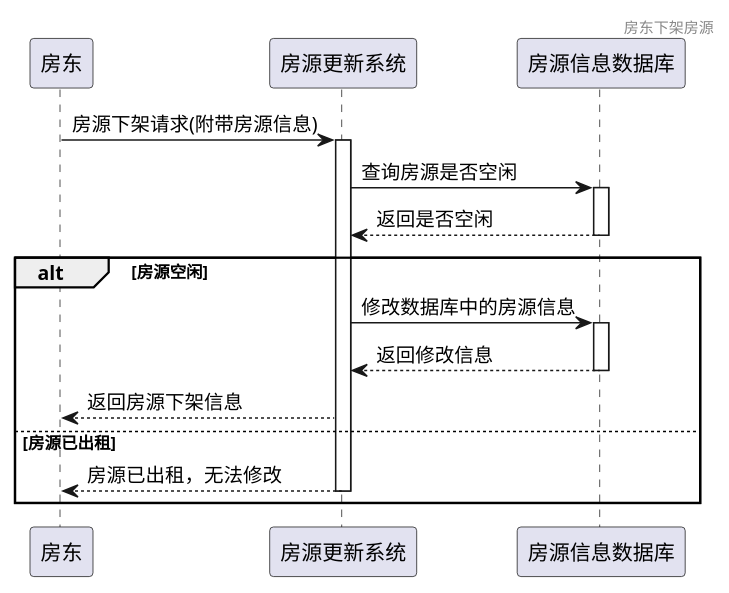
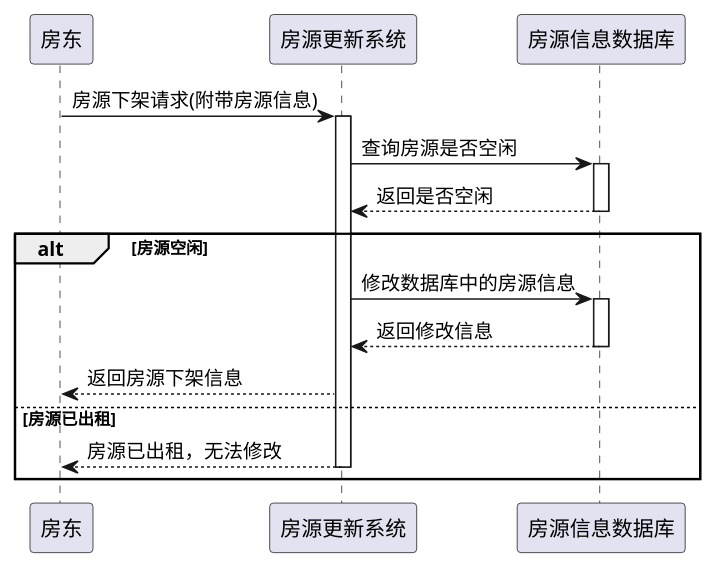
Before and after one commit to clysto/software-engineering: the diagram in 时序图/房东下架房源时序图.plantuml, drawn with PlantUML. The commit also changed 27 other files, not shown here.

```diff
--- a/时序图/房东下架房源时序图.plantuml
+++ b/时序图/房东下架房源时序图.plantuml
@@ -1,39 +1,41 @@
-@startuml
-header 房东下架房源
+@startuml 房东下架房源时序图
+
+skinparam shadowing false
+
 participant c as "房东"
 participant s as "房源更新系统"
 participant d as "房源信息数据库"
 
 
 c -> s: 房源下架请求(附带房源信息)
 activate s
 
 s -> d: 查询房源是否空闲
 activate d
 d --> s: 返回是否空闲
 deactivate d
 
 alt 房源空闲
 
     s -> d: 修改数据库中的房源信息
     activate d
     d --> s: 返回修改信息
     deactivate d
     s --> c: 返回房源下架信息
 
 
 else 房源已出租
     s --> c: 房源已出租，无法修改
     deactivate s
 end
 
 
 
 
 
 
 
 
 
 
 @enduml
```
